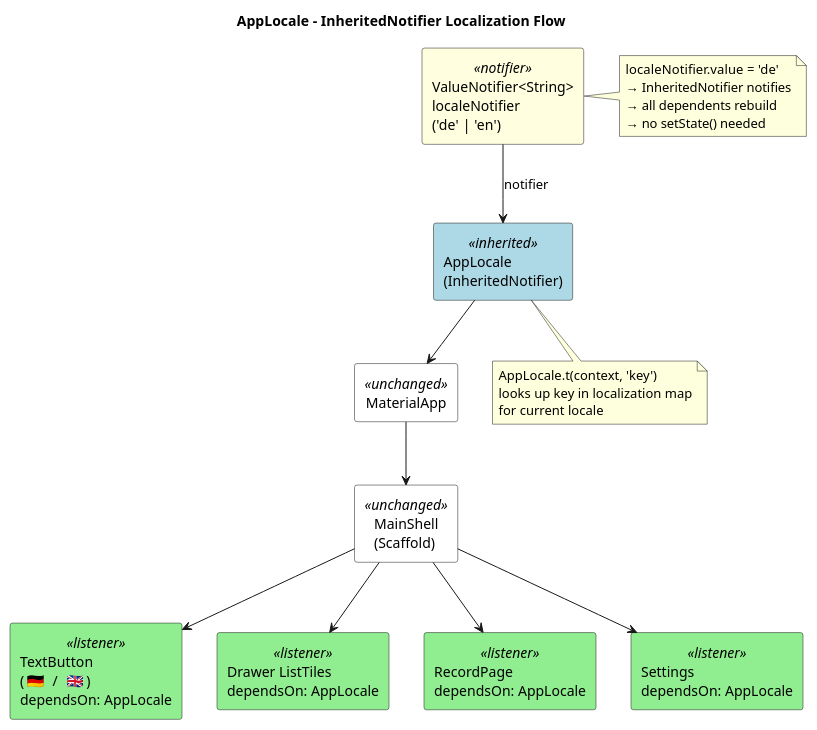
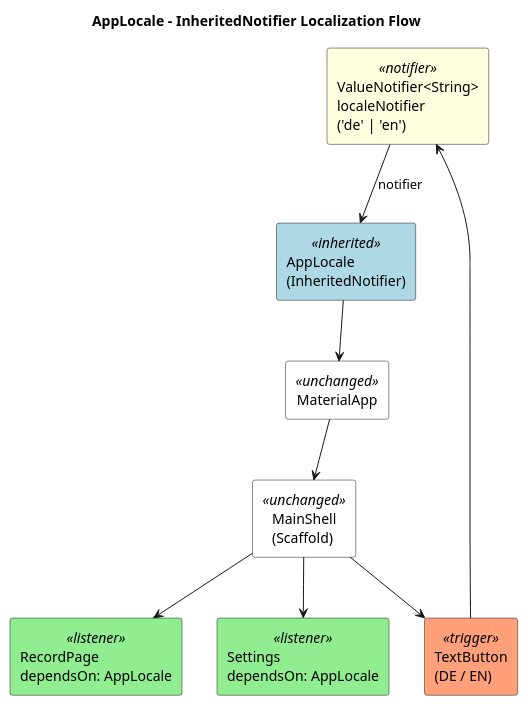
The diagram in docs/puml/inherited-notifier.puml (david-rometsch/easy-222-app), drawn with PlantUML before and after one commit. The commit also changed 5 other files, not shown here.

Commit message:
docs: add diagrams to docs

```diff
--- a/docs/puml/inherited-notifier.puml
+++ b/docs/puml/inherited-notifier.puml
@@ -1,49 +1,37 @@
 @startuml inherited-notifier
 
 title AppLocale – InheritedNotifier Localization Flow
 
 skinparam rectangle {
   BackgroundColor<<notifier>> LightYellow
   BackgroundColor<<inherited>> LightBlue
   BackgroundColor<<listener>> LightGreen
+  BackgroundColor<<trigger>> LightSalmon
   BackgroundColor<<unchanged>> White
 }
 
 rectangle "ValueNotifier<String>\nlocaleNotifier\n('de' | 'en')" <<notifier>> as VN
 
 rectangle "AppLocale\n(InheritedNotifier)" <<inherited>> as AL
 
 rectangle "MaterialApp" <<unchanged>> as MA
 
 rectangle "MainShell\n(Scaffold)" <<unchanged>> as MS
 
-rectangle "TextButton\n(🇩🇪 / 🇬🇧)\ndependsOn: AppLocale" <<listener>> as TB
+rectangle "TextButton\n(DE / EN)" <<trigger>> as TB
 
-rectangle "Drawer ListTiles\ndependsOn: AppLocale" <<listener>> as DL
 
 rectangle "RecordPage\ndependsOn: AppLocale" <<listener>> as RP
 
 rectangle "Settings\ndependsOn: AppLocale" <<listener>> as ST
 
+TB --> VN 
 VN --> AL : notifier
 AL --> MA
 MA --> MS
 MS --> TB
-MS --> DL
 MS --> RP
 MS --> ST
 
-note right of VN
-  localeNotifier.value = 'de'
-  → InheritedNotifier notifies
-  → all dependents rebuild
-  → no setState() needed
-end note
-
-note bottom of AL
-  AppLocale.t(context, 'key')
-  looks up key in localization map
-  for current locale
-end note
 
 @enduml
```
